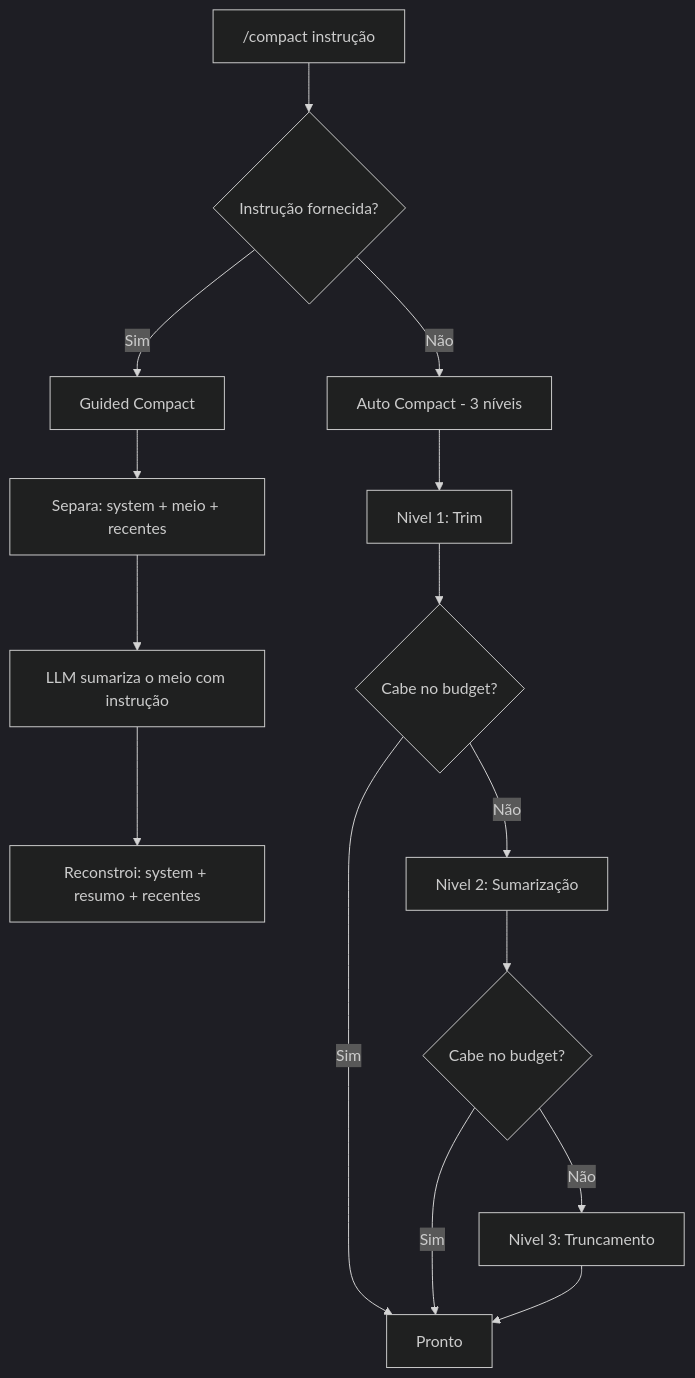
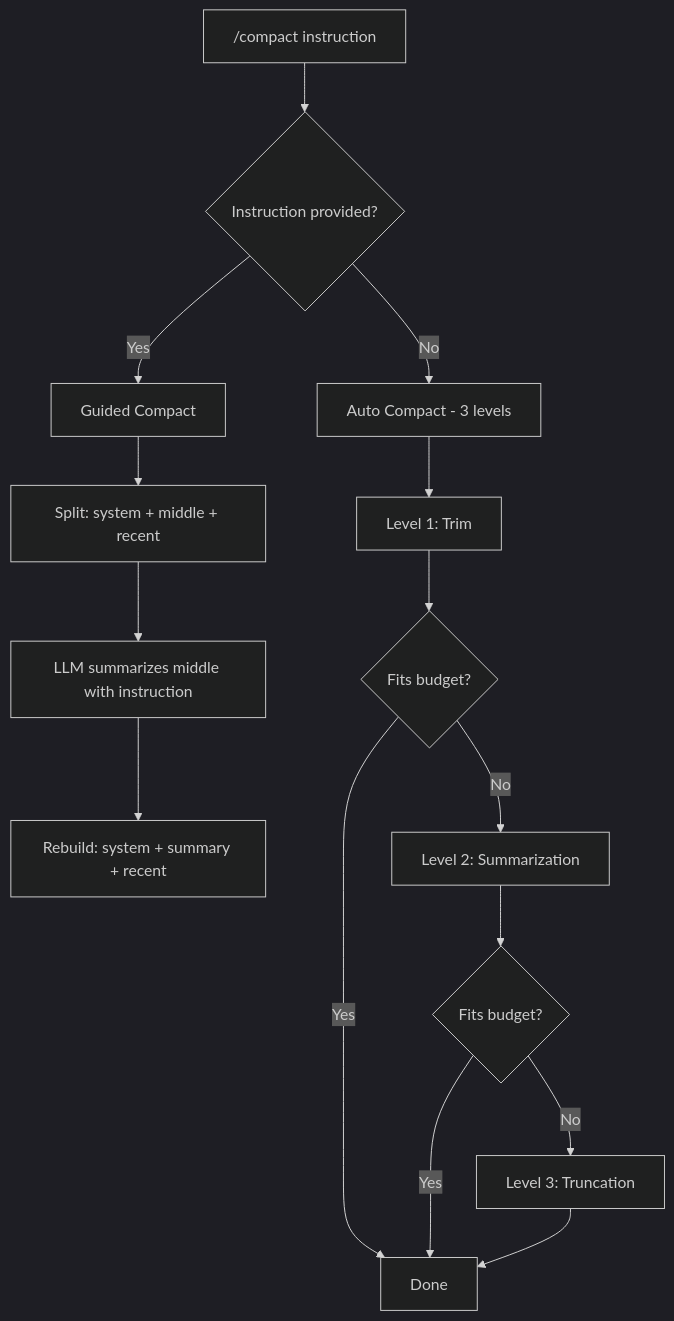
The diagram in features/conversation-control.mdx (diillson/chatcli.ai), drawn with Mermaid (dark theme) before and after one commit. The commit also changed other lines of this file and 500 other files, not shown here.

````diff
--- a/features/conversation-control.mdx
+++ b/features/conversation-control.mdx
@@ -60,19 +60,19 @@
 ```mermaid
 flowchart TD
-    A["/compact instrução"] --> B{Instrução fornecida?}
-    B -->|Sim| C[Guided Compact]
-    B -->|Não| D[Auto Compact - 3 níveis]
+    A["/compact instruction"] --> B{Instruction provided?}
+    B -->|Yes| C[Guided Compact]
+    B -->|No| D[Auto Compact - 3 levels]
 
-    C --> E[Separa: system + meio + recentes]
-    E --> F[LLM sumariza o meio com instrução]
-    F --> G[Reconstroi: system + resumo + recentes]
+    C --> E[Split: system + middle + recent]
+    E --> F[LLM summarizes middle with instruction]
+    F --> G[Rebuild: system + summary + recent]
 
-    D --> H[Nivel 1: Trim]
-    H --> I{Cabe no budget?}
-    I -->|Sim| J[Pronto]
-    I -->|Não| K[Nivel 2: Sumarização]
-    K --> L{Cabe no budget?}
-    L -->|Sim| J
-    L -->|Não| M[Nivel 3: Truncamento]
+    D --> H[Level 1: Trim]
+    H --> I{Fits budget?}
+    I -->|Yes| J[Done]
+    I -->|No| K[Level 2: Summarization]
+    K --> L{Fits budget?}
+    L -->|Yes| J
+    L -->|No| M[Level 3: Truncation]
     M --> J
 ```
````
